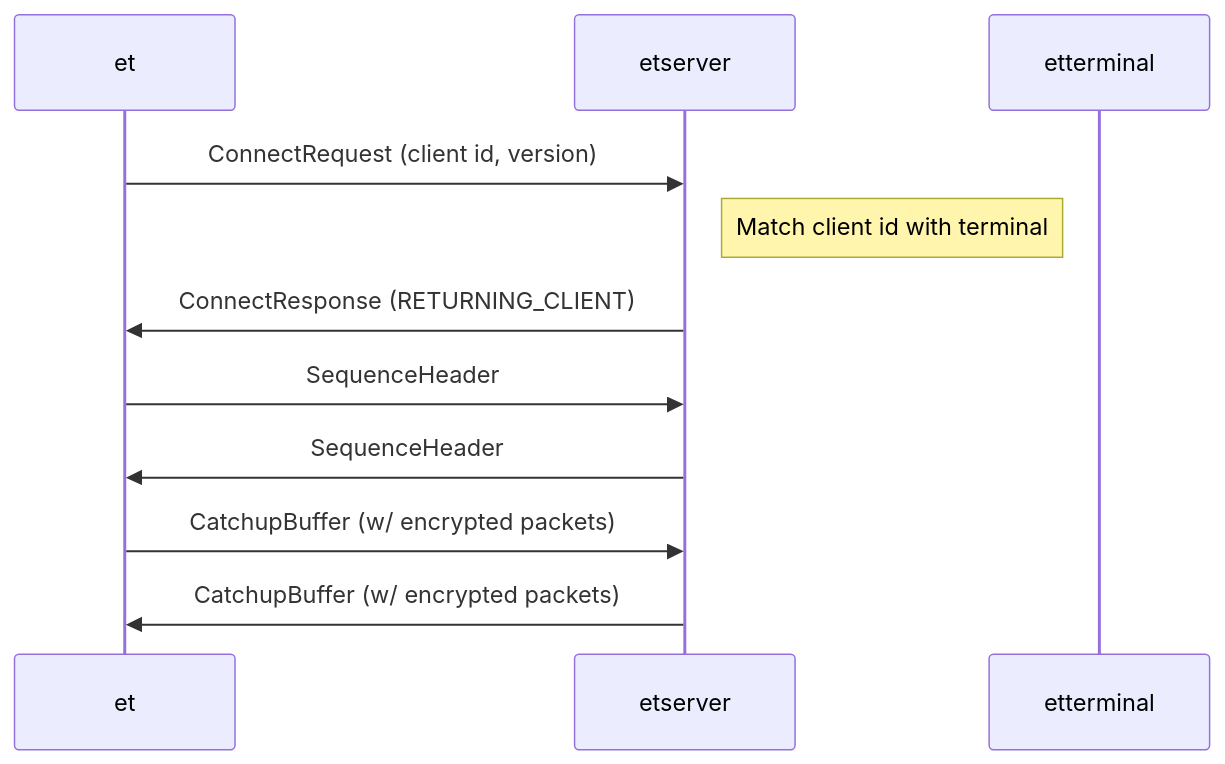
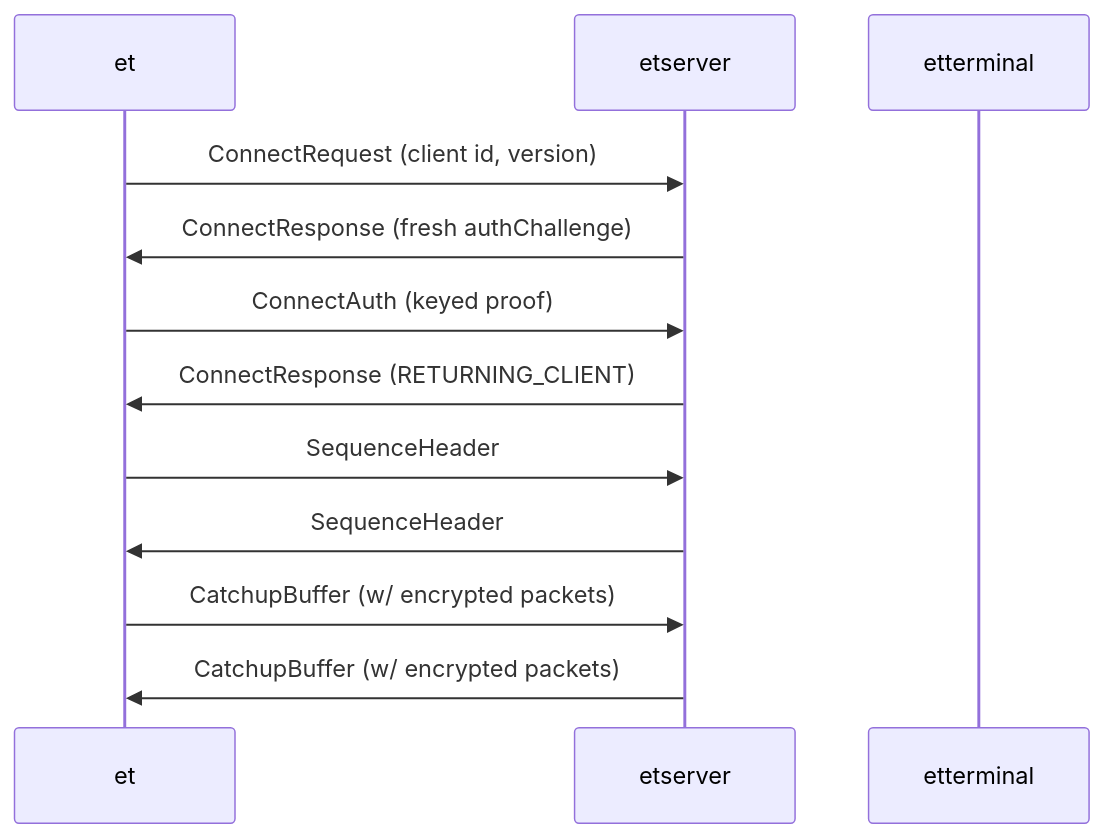
The third of 5 diagrams in docs/protocol.md (MisterTea/EternalTerminal), drawn with Mermaid before and after one commit. The commit also changed other lines of this file and 64 other files, not shown here.

````diff
--- a/docs/protocol.md
+++ b/docs/protocol.md
@@ -94,16 +107,17 @@
 ```mermaid
 sequenceDiagram
     participant et
     participant etserver
     participant etterminal
     
     et->>etserver: ConnectRequest (client id, version)
-    Note right of etserver: Match client id with terminal
+    etserver->>et: ConnectResponse (fresh authChallenge)
+    et->>etserver: ConnectAuth (keyed proof)
     etserver->>et: ConnectResponse (RETURNING_CLIENT)
 
     et->>etserver: SequenceHeader
     etserver->>et: SequenceHeader
 
     et->>etserver: CatchupBuffer (w/ encrypted packets)
     etserver->>et: CatchupBuffer (w/ encrypted packets)
 ```
````
